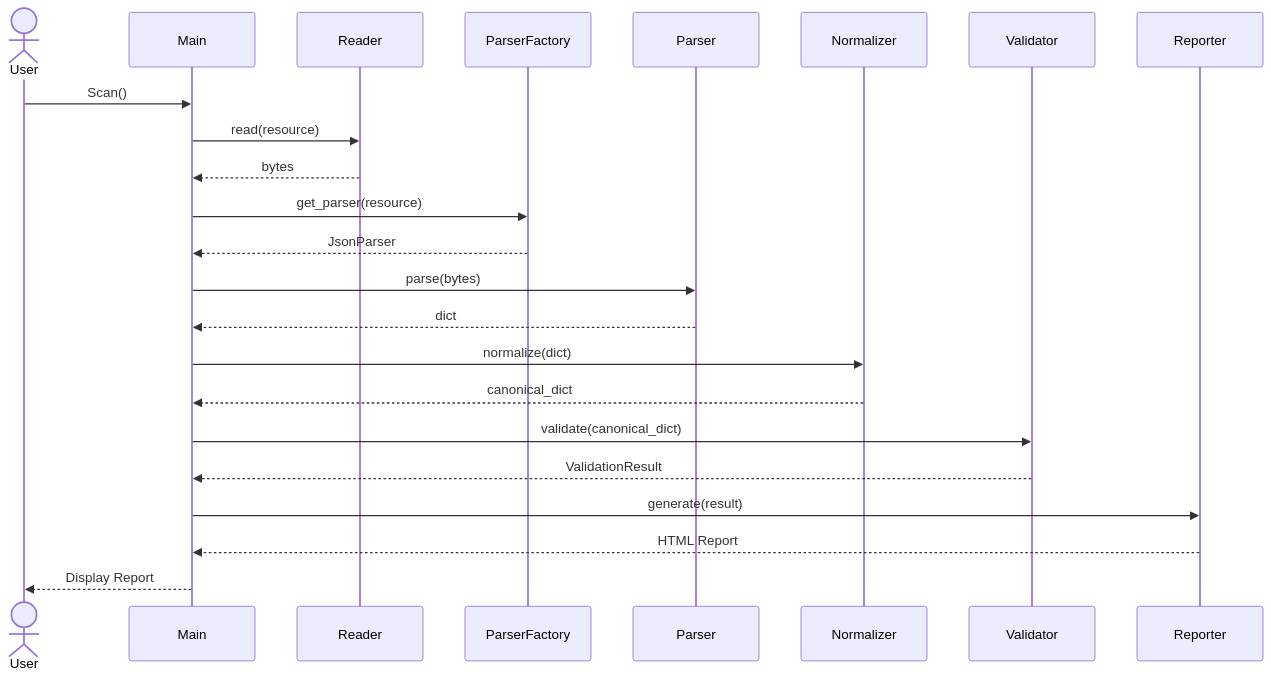
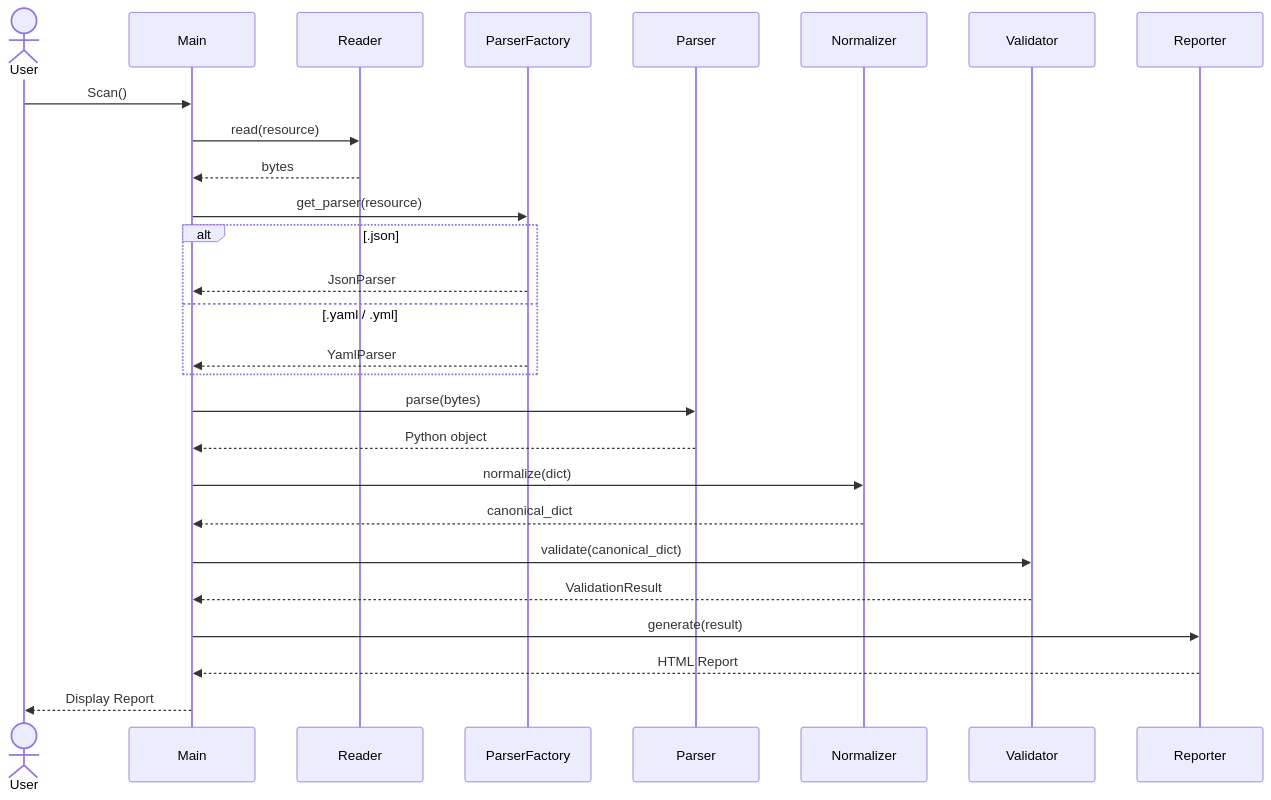
The fourth of 4 diagrams in docs/architecture.md (truongtranit/security-configuration-inspector), drawn with Mermaid before and after one commit. The commit also changed other lines of this file and 9 other files, not shown here.

````diff
--- a/docs/architecture.md
+++ b/docs/architecture.md
@@ -115,41 +112,45 @@
-```mermaid
+``` mermaid
 sequenceDiagram
 
     actor User
 
     participant Main
     participant Reader
     participant ParserFactory
     participant Parser
     participant Normalizer
     participant Validator
     participant Reporter
 
     User->>Main: Scan()
 
     Main->>Reader: read(resource)
 
     Reader-->>Main: bytes
 
     Main->>ParserFactory: get_parser(resource)
 
-    ParserFactory-->>Main: JsonParser
+    alt .json
+        ParserFactory-->>Main: JsonParser
+    else .yaml / .yml
+        ParserFactory-->>Main: YamlParser
+    end
 
     Main->>Parser: parse(bytes)
 
-    Parser-->>Main: dict
+    Parser-->>Main: Python object
 
     Main->>Normalizer: normalize(dict)
 
     Normalizer-->>Main: canonical_dict
 
     Main->>Validator: validate(canonical_dict)
 
     Validator-->>Main: ValidationResult
 
     Main->>Reporter: generate(result)
 
     Reporter-->>Main: HTML Report
 
     Main-->>User: Display Report
 ```
````
